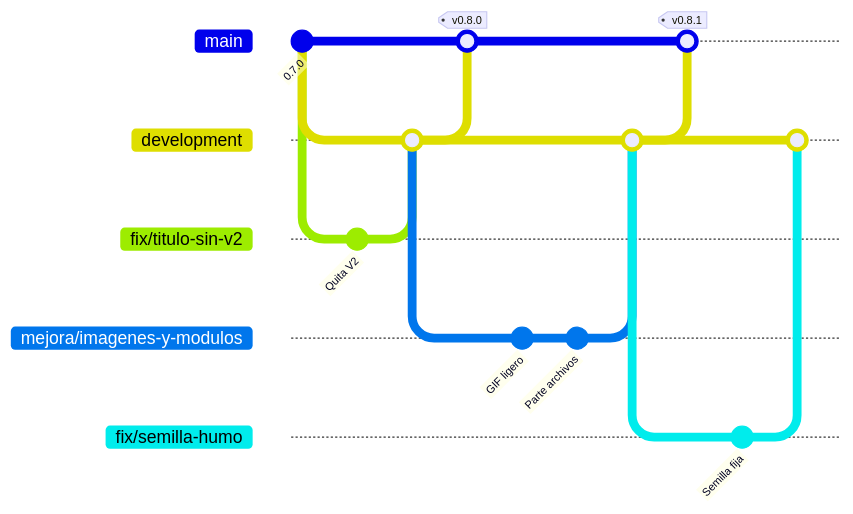
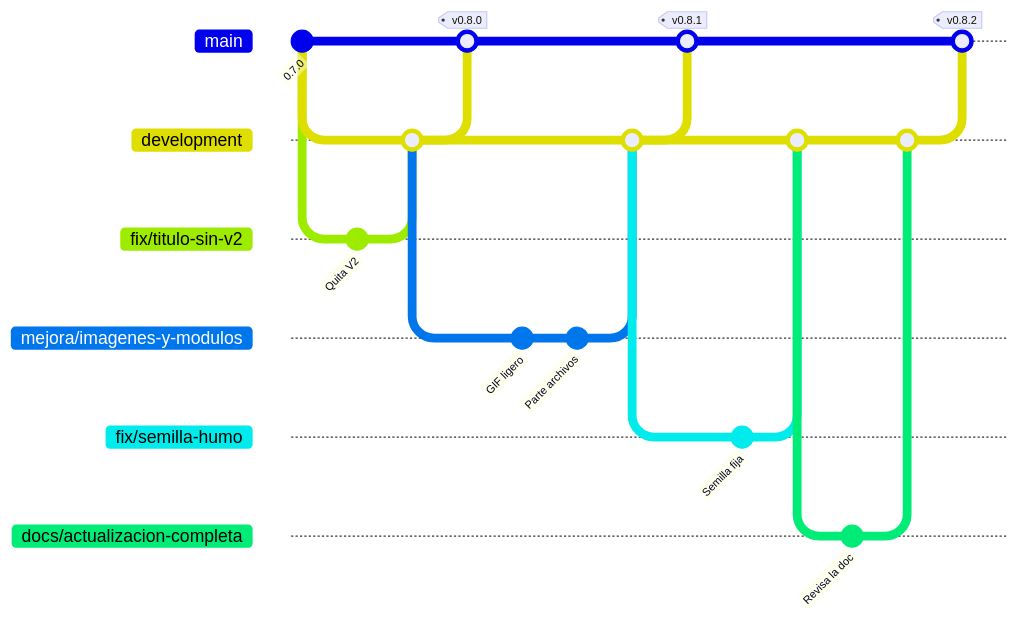
Before and after one commit to serbenda/dungeons-and-deployments: the first of 2 diagrams in docs/despliegue-y-versiones.md, drawn with Mermaid. The commit also changed other lines of this file and 9 other files, not shown here.

````diff
--- a/docs/despliegue-y-versiones.md
+++ b/docs/despliegue-y-versiones.md
@@ -5,25 +5,31 @@
 ```mermaid
 gitGraph
   commit id: "0.7.0"
   branch development
   checkout development
   branch fix/titulo-sin-v2
   commit id: "Quita V2"
   checkout development
   merge fix/titulo-sin-v2
   checkout main
   merge development tag: "v0.8.0"
   checkout development
   branch mejora/imagenes-y-modulos
   commit id: "GIF ligero"
   commit id: "Parte archivos"
   checkout development
   merge mejora/imagenes-y-modulos
   checkout main
   merge development tag: "v0.8.1"
   checkout development
   branch fix/semilla-humo
   commit id: "Semilla fija"
   checkout development
   merge fix/semilla-humo
+  branch docs/actualizacion-completa
+  commit id: "Revisa la doc"
+  checkout development
+  merge docs/actualizacion-completa
+  checkout main
+  merge development tag: "v0.8.2"
 ```
````
